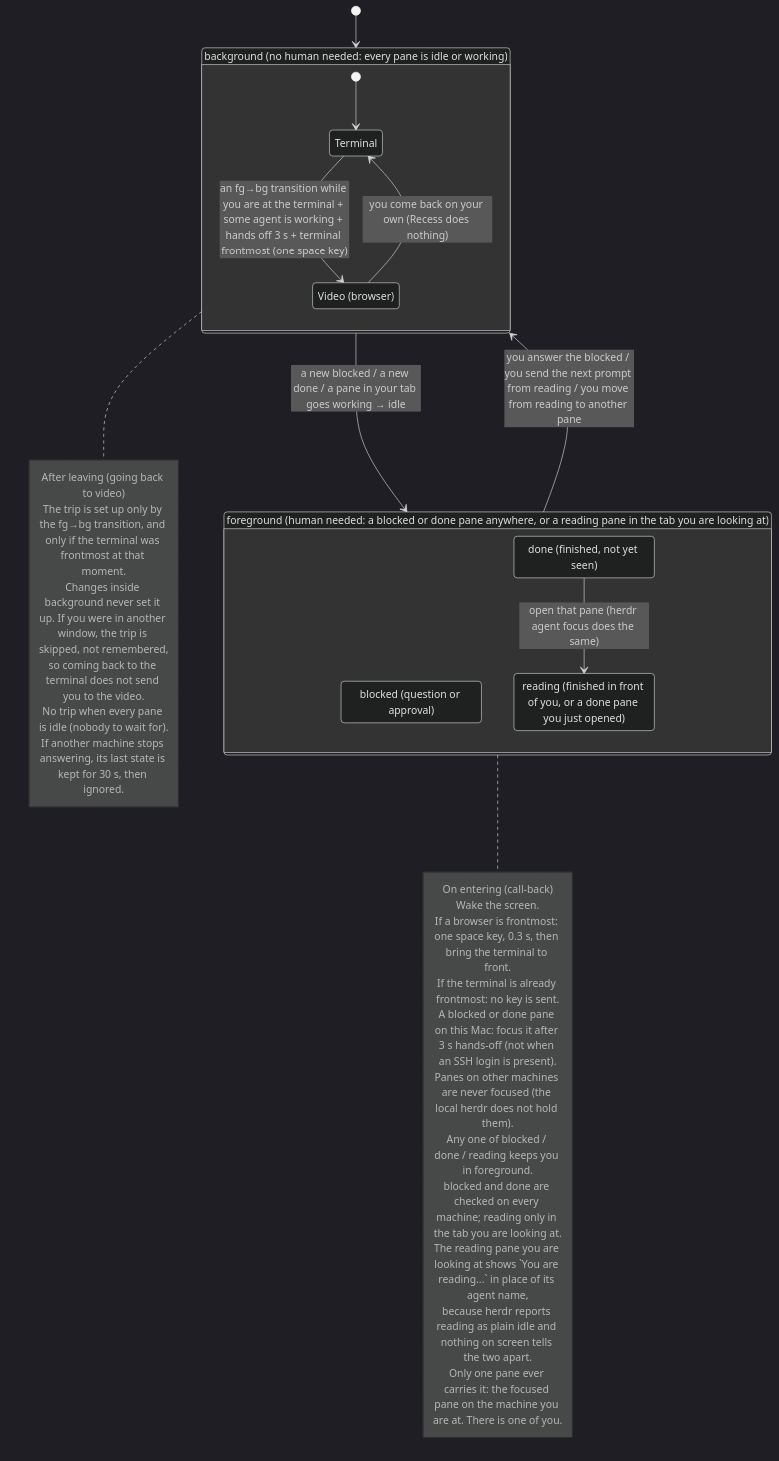
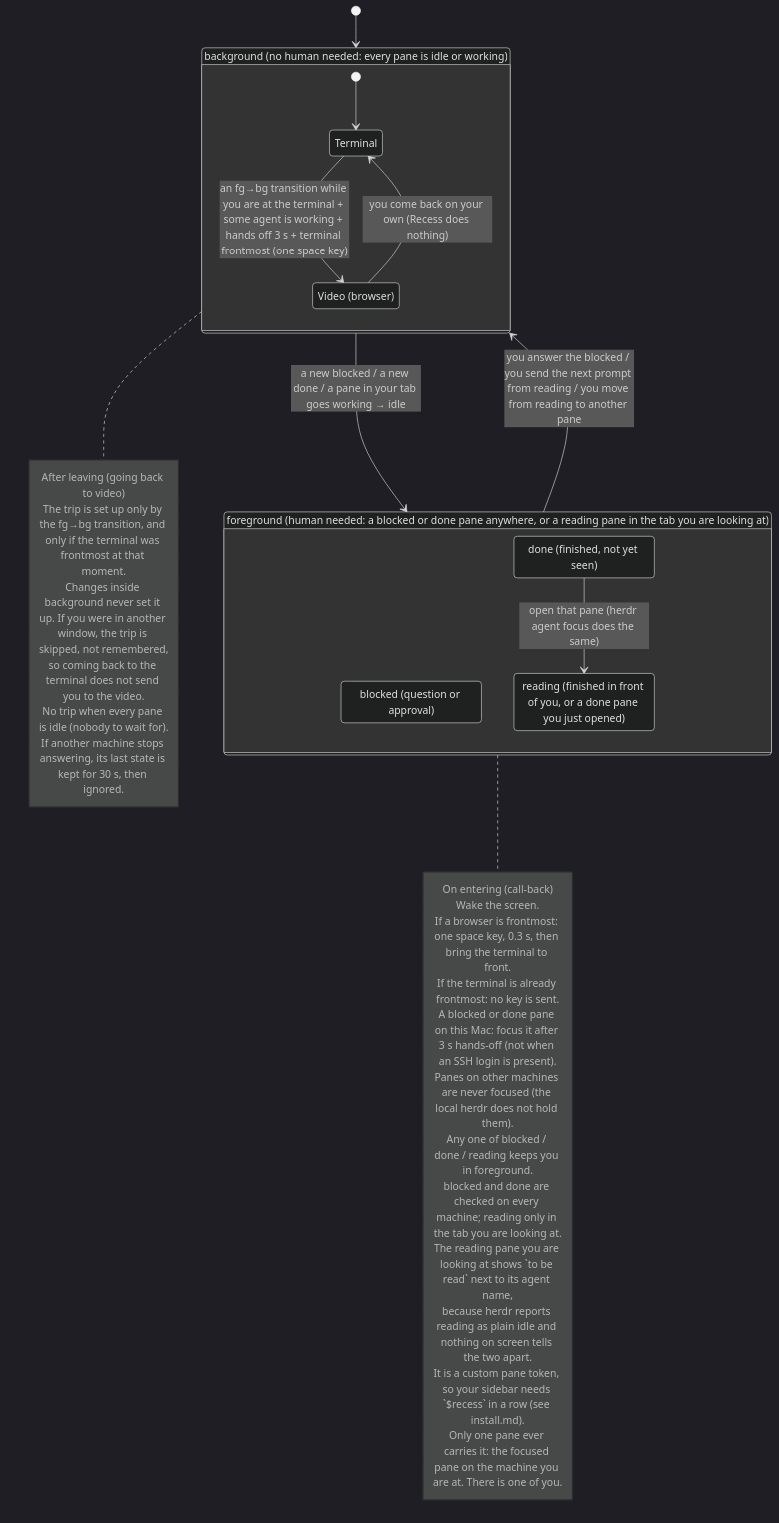
Before and after one commit to tatsuro-ueda/recess: the first of 2 diagrams in docs/spec.md, drawn with Mermaid (dark theme). The commit also changed other lines of this file and 4 other files, not shown here.

````diff
--- a/docs/spec.md
+++ b/docs/spec.md
@@ -11,46 +11,47 @@
 ```mermaid
 stateDiagram-v2
     direction TB
 
     state "background (no human needed: every pane is idle or working)" as bg {
         state "Terminal" as term
         state "Video (browser)" as nf
         [*] --> term
         term --> nf : an fg→bg transition while you are at the terminal + some agent is working + hands off 3 s + terminal frontmost (one space key)
         nf --> term : you come back on your own (Recess does nothing)
     }
 
     state "foreground (human needed: a blocked or done pane anywhere, or a reading pane in the tab you are looking at)" as fg {
         state "blocked (question or approval)" as blocked
         state "done (finished, not yet seen)" as done
         state "reading (finished in front of you, or a done pane you just opened)" as reading
         done --> reading : open that pane (herdr agent focus does the same)
     }
 
     [*] --> bg
     bg --> fg : a new blocked / a new done / a pane in your tab goes working → idle
     fg --> bg : you answer the blocked / you send the next prompt from reading / you move from reading to another pane
 
     note right of fg
         On entering (call-back)
         Wake the screen.
         If a browser is frontmost: one space key, 0.3 s, then bring the terminal to front.
         If the terminal is already frontmost: no key is sent.
         A blocked or done pane on this Mac: focus it after 3 s hands-off (not when an SSH login is present).
         Panes on other machines are never focused (the local herdr does not hold them).
         Any one of blocked / done / reading keeps you in foreground.
         blocked and done are checked on every machine; reading only in the tab you are looking at.
-        The reading pane you are looking at shows `You are reading...` in place of its agent name,
+        The reading pane you are looking at shows `to be read` next to its agent name,
         because herdr reports reading as plain idle and nothing on screen tells the two apart.
+        It is a custom pane token, so your sidebar needs `$recess` in a row (see install.md).
         Only one pane ever carries it: the focused pane on the machine you are at. There is one of you.
     end note
 
     note right of bg
         After leaving (going back to video)
         The trip is set up only by the fg→bg transition, and only if the terminal was frontmost at that moment.
         Changes inside background never set it up. If you were in another window, the trip is skipped, not remembered,
         so coming back to the terminal does not send you to the video.
         No trip when every pane is idle (nobody to wait for).
         If another machine stops answering, its last state is kept for 30 s, then ignored.
     end note
 ```
````
